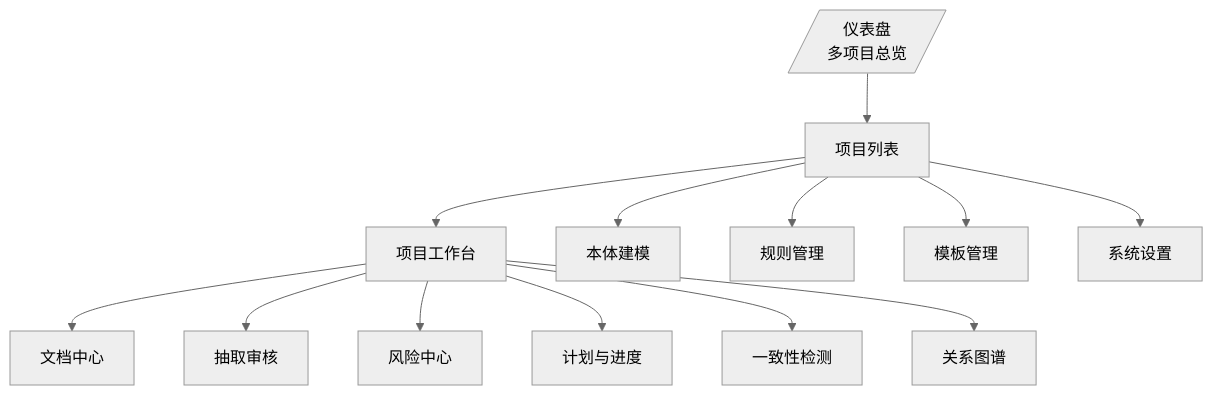
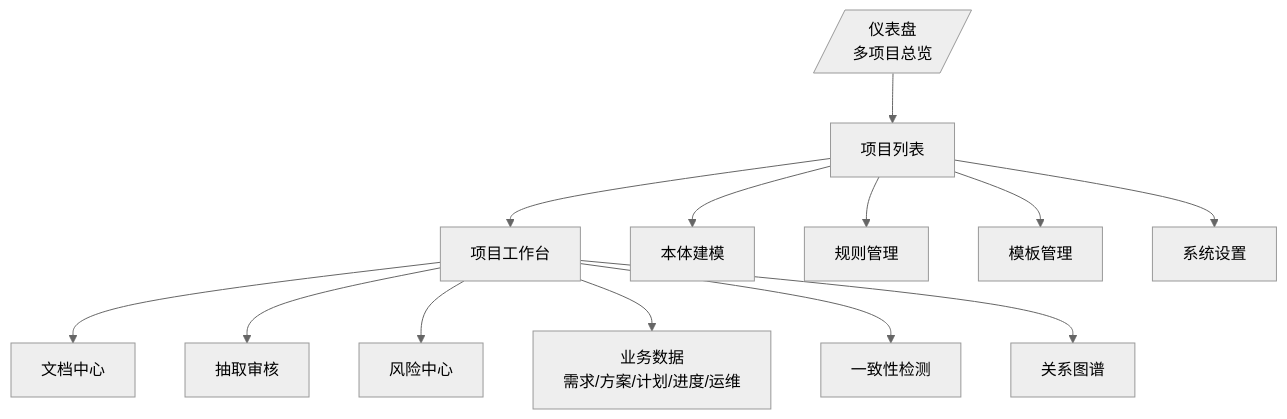
The second of 3 diagrams in ontology-demo/方案/01.需求文档/项目风险管控工具-需求规格说明书-v1.0.md (sealzrt/2026-08--agent), drawn with Mermaid (neutral theme) before and after one commit. The commit also changed other lines of this file, not shown here.

````diff
--- a/ontology-demo/方案/01.需求文档/项目风险管控工具-需求规格说明书-v1.0.md
+++ b/ontology-demo/方案/01.需求文档/项目风险管控工具-需求规格说明书-v1.0.md
@@ -226,15 +244,15 @@
 ```mermaid
 flowchart TD
     A[/仪表盘<br/>多项目总览/] --> B[项目列表]
     B --> C[项目工作台]
     C --> D[文档中心]
     C --> E[抽取审核]
     C --> F[风险中心]
-    C --> G[计划与进度]
+    C --> G[业务数据<br/>需求/方案/计划/进度/运维]
     C --> H[一致性检测]
     C --> M[关系图谱]
     B --> I[本体建模]
     B --> J[规则管理]
     B --> K[模板管理]
     B --> L[系统设置]
 ```
````
